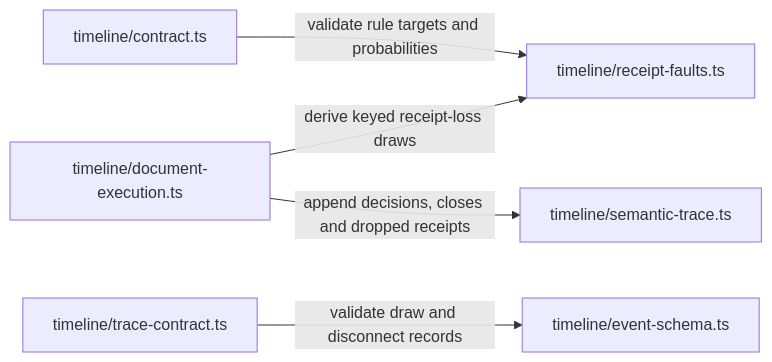
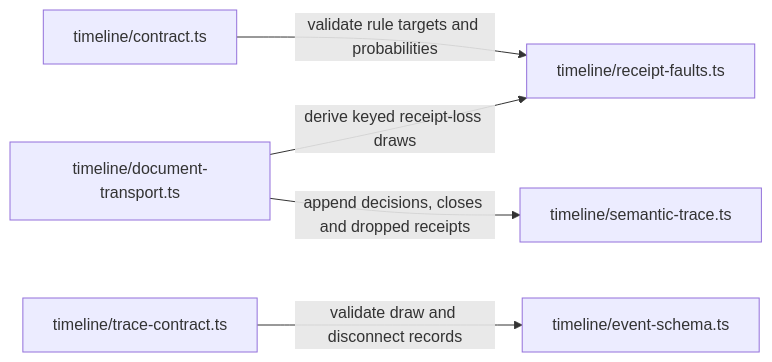
One commit to sproates/zooglass changed diagram 16 of 22 in workbench/docs/source-map.md. Above: the diagram before and after it, drawn with Mermaid. The commit also changed other lines of this file and 59 other files, not shown here.

Commit message:
Isolate the simulation host and clarify timeline execution ownership

````diff
--- a/workbench/docs/source-map.md
+++ b/workbench/docs/source-map.md
@@ -526,7 +561,7 @@
 ```mermaid
 flowchart LR
   contract["timeline/contract.ts"] -->|validate rule targets and probabilities| faults["timeline/receipt-faults.ts"]
-  execution["timeline/document-execution.ts"] -->|derive keyed receipt-loss draws| faults
-  execution -->|append decisions, closes and dropped receipts| trace["timeline/semantic-trace.ts"]
+  transport["timeline/document-transport.ts"] -->|derive keyed receipt-loss draws| faults
+  transport -->|append decisions, closes and dropped receipts| trace["timeline/semantic-trace.ts"]
   validation["timeline/trace-contract.ts"] -->|validate draw and disconnect records| schema["timeline/event-schema.ts"]
 ```
````
